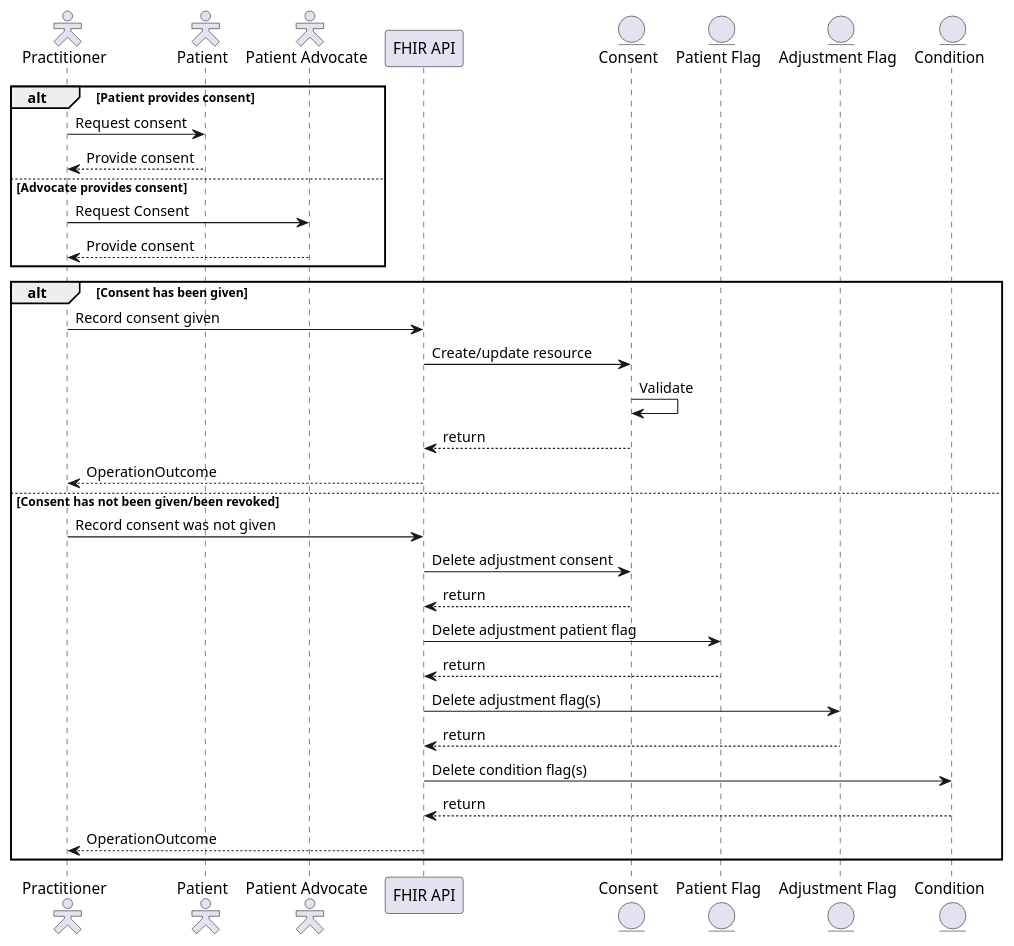
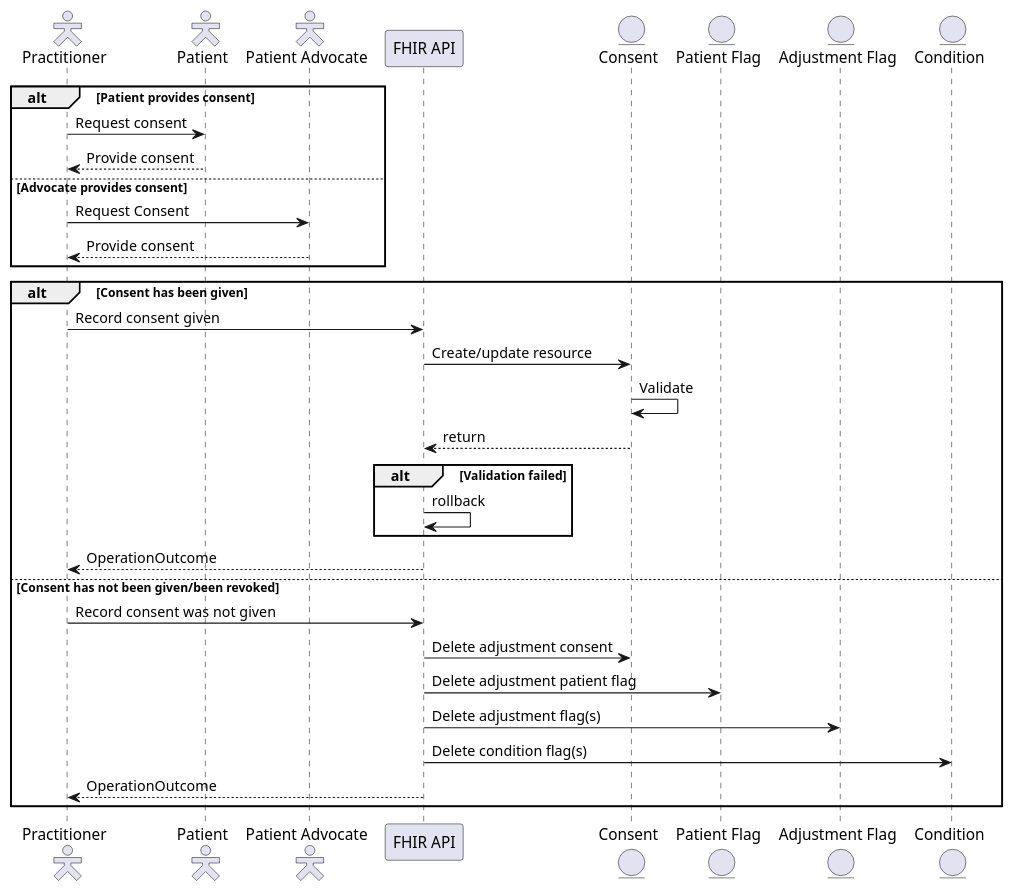
Before and after one commit to NHSDigital/ra-sandbox: the diagram in input/images-source/consent-sequence.plantuml, drawn with PlantUML. The commit also changed 45 other files, not shown here.

Commit message:
added careconnect deps, tidy diagrams, include contact via yml

```diff
--- a/input/images-source/consent-sequence.plantuml
+++ b/input/images-source/consent-sequence.plantuml
@@ -1,41 +1,40 @@
 @startuml
 
 skinparam actorStyle hollow
 
 actor        "Practitioner"     as pra
 actor        "Patient"          as pat
 actor        "Patient Advocate" as pad
 participant  "FHIR API"         as api
 entity       "Consent"          as con
 entity       "Patient Flag"     as pfg
 entity       "Adjustment Flag"  as adj
 entity       "Condition"        as cod
 
 alt Patient provides consent
   pra ->  pat : Request consent
   pra <-- pat : Provide consent
 else Advocate provides consent
   pra ->  pad : Request Consent
   pra <-- pad : Provide consent
 end
 
 alt Consent has been given
   pra ->  api : Record consent given
   api ->  con : Create/update resource
   con ->  con : Validate
   api <-- con : return
+  alt Validation failed
+    api -> api : rollback
+  end
   pra <-- api : OperationOutcome
 else Consent has not been given/been revoked
   pra ->  api : Record consent was not given
   api ->  con : Delete adjustment consent
-  api <-- con : return
   api ->  pfg : Delete adjustment patient flag
-  api <-- pfg : return
   api ->  adj : Delete adjustment flag(s)
-  api <-- adj : return
   api ->  cod : Delete condition flag(s)
-  api <-- cod : return
   pra <-- api : OperationOutcome
 end
 
 @enduml
```
